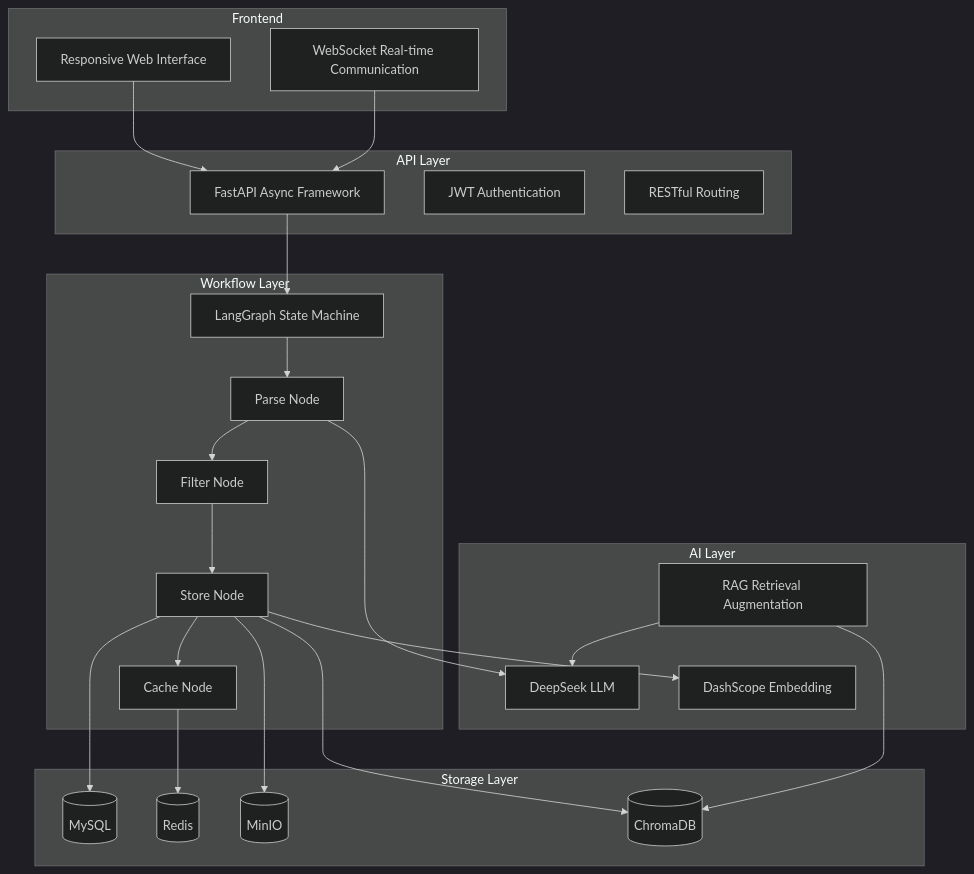
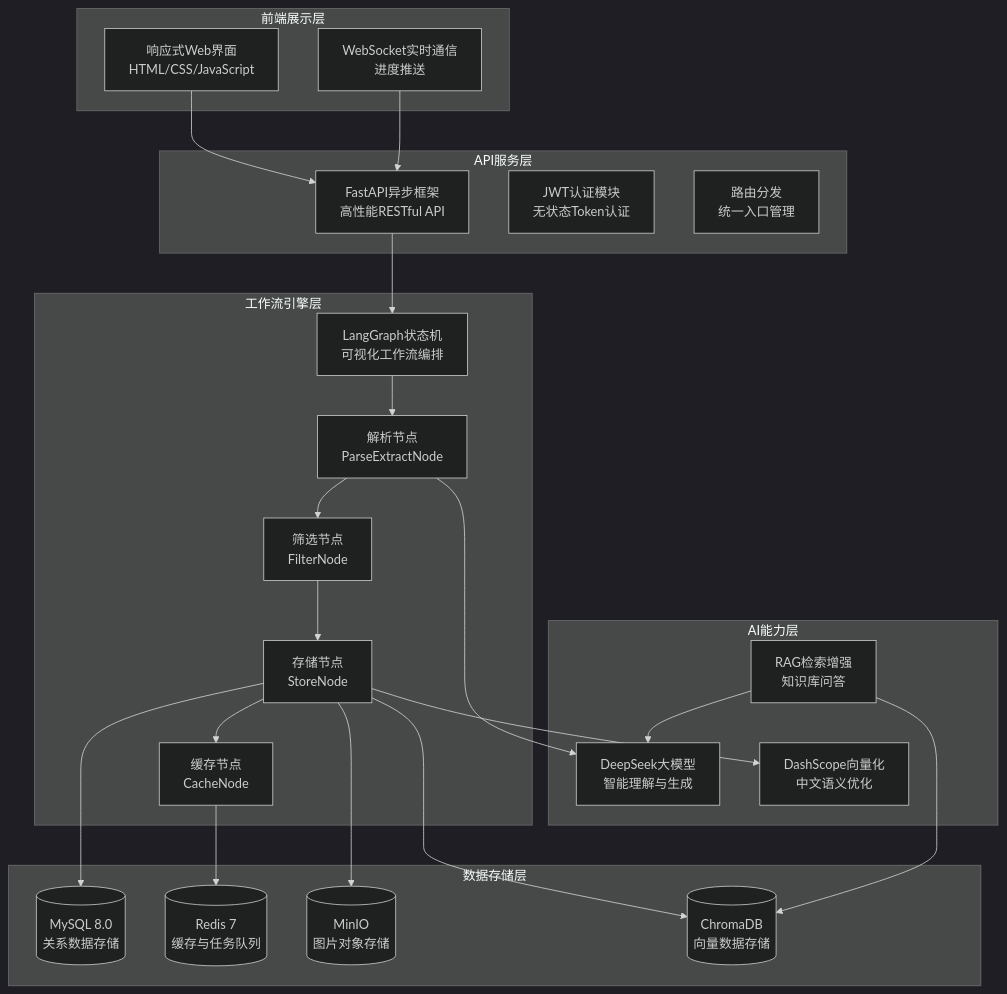
The third of 11 diagrams in README.md (xt765/ResumeScreening), drawn with Mermaid (dark theme) before and after one commit. The commit also changed other lines of this file and 26 other files, not shown here.

````diff
--- a/README.md
+++ b/README.md
@@ -74,47 +79,47 @@
 ```mermaid
 graph TB
-    subgraph Frontend
-        UI[Responsive Web Interface]
-        WS[WebSocket Real-time Communication]
+    subgraph 前端层["前端展示层"]
+        UI[响应式Web界面<br/>HTML/CSS/JavaScript]
+        WS[WebSocket实时通信<br/>进度推送]
     end
     
-    subgraph API Layer
-        FastAPI[FastAPI Async Framework]
-        Auth[JWT Authentication]
-        Route[RESTful Routing]
+    subgraph API层["API服务层"]
+        FastAPI[FastAPI异步框架<br/>高性能RESTful API]
+        Auth[JWT认证模块<br/>无状态Token认证]
+        Route[路由分发<br/>统一入口管理]
     end
     
-    subgraph Workflow Layer
-        LG[LangGraph State Machine]
-        Node1[Parse Node]
-        Node2[Filter Node]
-        Node3[Store Node]
-        Node4[Cache Node]
+    subgraph 工作流层["工作流引擎层"]
+        LG[LangGraph状态机<br/>可视化工作流编排]
+        Node1[解析节点<br/>ParseExtractNode]
+        Node2[筛选节点<br/>FilterNode]
+        Node3[存储节点<br/>StoreNode]
+        Node4[缓存节点<br/>CacheNode]
     end
     
-    subgraph AI Layer
-        LLM[DeepSeek LLM]
-        EMB[DashScope Embedding]
-        RAG[RAG Retrieval Augmentation]
+    subgraph AI层["AI能力层"]
+        LLM[DeepSeek大模型<br/>智能理解与生成]
+        EMB[DashScope向量化<br/>中文语义优化]
+        RAG[RAG检索增强<br/>知识库问答]
     end
     
-    subgraph Storage Layer
-        MySQL[(MySQL)]
-        Redis[(Redis)]
-        MinIO[(MinIO)]
-        Chroma[(ChromaDB)]
+    subgraph 存储层["数据存储层"]
+        MySQL[(MySQL 8.0<br/>关系数据存储)]
+        Redis[(Redis 7<br/>缓存与任务队列)]
+        MinIO[(MinIO<br/>图片对象存储)]
+        Chroma[(ChromaDB<br/>向量数据存储)]
     end
     
     UI --> FastAPI
     WS --> FastAPI
     FastAPI --> LG
     LG --> Node1 --> Node2 --> Node3 --> Node4
     Node1 --> LLM
     Node3 --> EMB
     Node3 --> MySQL
     Node3 --> MinIO
     Node3 --> Chroma
     Node4 --> Redis
     RAG --> LLM
     RAG --> Chroma
 ```
````
